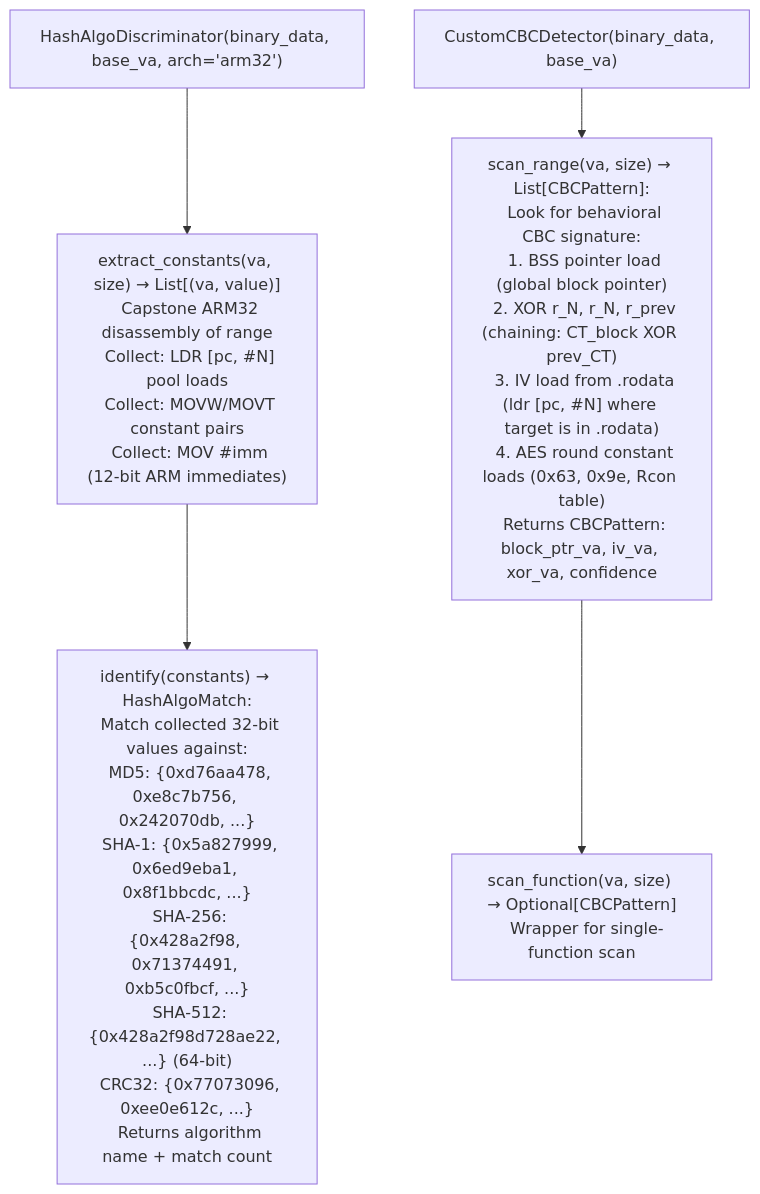
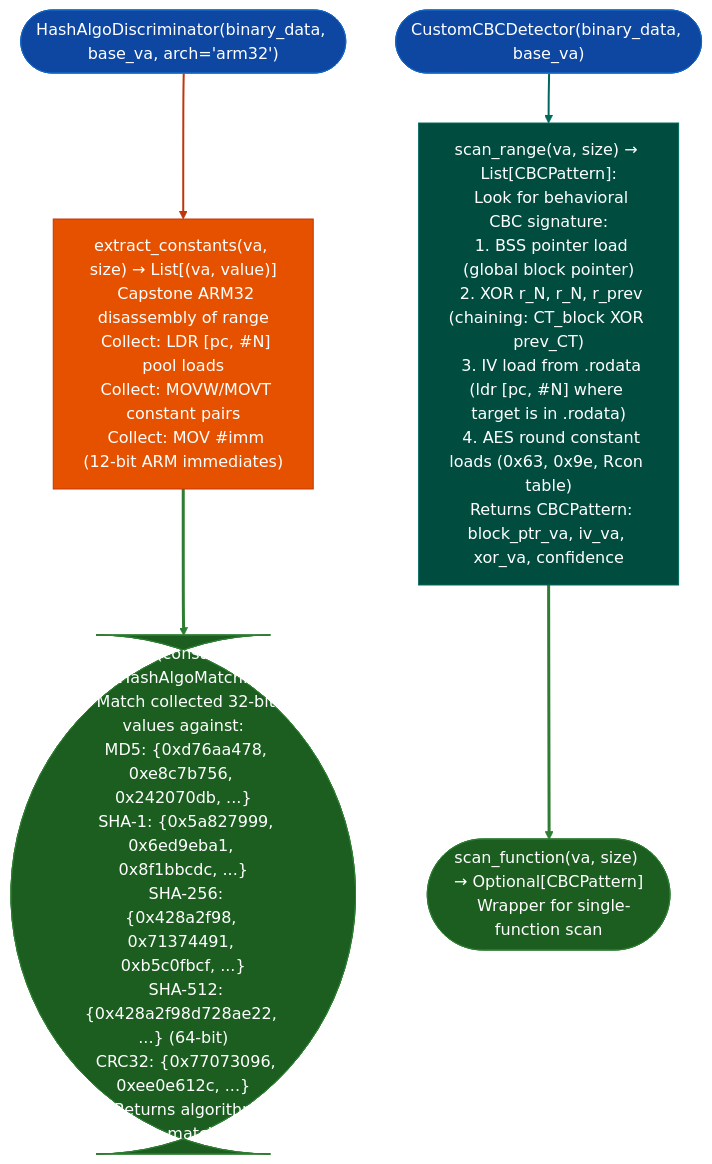
One commit to Ablation-Tool/ablation changed the diagram in docs/reference-modules/hash-aes-implementation-recognition.md. Above: the diagram before and after it, drawn with Mermaid. The commit also changed 320 other files, not shown here.

First line of the commit message:
docs: apply canonical Mermaid template to all 321 diagrams

````diff
--- a/docs/reference-modules/hash-aes-implementation-recognition.md
+++ b/docs/reference-modules/hash-aes-implementation-recognition.md
@@ -19,8 +19,18 @@
 ```mermaid
 flowchart TD
-    A["HashAlgoDiscriminator(binary_data, base_va, arch='arm32')"] --> B["extract_constants(va, size) → List[(va, value)]\n  Capstone ARM32 disassembly of range\n  Collect: LDR [pc, #N] pool loads\n  Collect: MOVW/MOVT constant pairs\n  Collect: MOV #imm (12-bit ARM immediates)"]
-    B --> C["identify(constants) → HashAlgoMatch:\n  Match collected 32-bit values against:\n  MD5: {0xd76aa478, 0xe8c7b756, 0x242070db, ...}\n  SHA-1: {0x5a827999, 0x6ed9eba1, 0x8f1bbcdc, ...}\n  SHA-256: {0x428a2f98, 0x71374491, 0xb5c0fbcf, ...}\n  SHA-512: {0x428a2f98d728ae22, ...} (64-bit)\n  CRC32: {0x77073096, 0xee0e612c, ...}\n  Returns algorithm name + match count"]
+    A(["HashAlgoDiscriminator(binary_data, base_va, arch='arm32')"]):::input --> B["extract_constants(va, size) → List[(va, value)]\n  Capstone ARM32 disassembly of range\n  Collect: LDR [pc, #N] pool loads\n  Collect: MOVW/MOVT constant pairs\n  Collect: MOV #imm (12-bit ARM immediates)"]:::primary
+    B:::primary --> C(["identify(constants) → HashAlgoMatch:\n  Match collected 32-bit values against:\n  MD5: {0xd76aa478, 0xe8c7b756, 0x242070db, ...}\n  SHA-1: {0x5a827999, 0x6ed9eba1, 0x8f1bbcdc, ...}\n  SHA-256: {0x428a2f98, 0x71374491, 0xb5c0fbcf, ...}\n  SHA-512: {0x428a2f98d728ae22, ...} (64-bit)\n  CRC32: {0x77073096, 0xee0e612c, ...}\n  Returns algorithm name + match count"]):::output
 
-    D["CustomCBCDetector(binary_data, base_va)"] --> E["scan_range(va, size) → List[CBCPattern]:\n  Look for behavioral CBC signature:\n  1. BSS pointer load (global block pointer)\n  2. XOR r_N, r_N, r_prev (chaining: CT_block XOR prev_CT)\n  3. IV load from .rodata (ldr [pc, #N] where target is in .rodata)\n  4. AES round constant loads (0x63, 0x9e, Rcon table)\n  Returns CBCPattern: block_ptr_va, iv_va, xor_va, confidence"]
-    E --> F["scan_function(va, size) → Optional[CBCPattern]\n  Wrapper for single-function scan"]
+    D(["CustomCBCDetector(binary_data, base_va)"]):::input --> E["scan_range(va, size) → List[CBCPattern]:\n  Look for behavioral CBC signature:\n  1. BSS pointer load (global block pointer)\n  2. XOR r_N, r_N, r_prev (chaining: CT_block XOR prev_CT)\n  3. IV load from .rodata (ldr [pc, #N] where target is in .rodata)\n  4. AES round constant loads (0x63, 0x9e, Rcon table)\n  Returns CBCPattern: block_ptr_va, iv_va, xor_va, confidence"]:::secondary
+    E:::secondary --> F(["scan_function(va, size) → Optional[CBCPattern]\n  Wrapper for single-function scan"]):::output
+    classDef input     fill:#0d47a1,stroke:#1565c0,color:#fff
+    classDef primary   fill:#e65100,stroke:#bf360c,color:#fff
+    classDef secondary fill:#004d40,stroke:#00695c,color:#fff
+    classDef tertiary  fill:#4a148c,stroke:#6a1b9a,color:#fff
+    classDef neutral   fill:#37474f,stroke:#546e7a,color:#fff
+    classDef output    fill:#1b5e20,stroke:#2e7d32,color:#fff
+    linkStyle 0 stroke:#bf360c,stroke-width:2px
+    linkStyle 1 stroke:#2e7d32,stroke-width:3px
+    linkStyle 2 stroke:#00695c,stroke-width:2px
+    linkStyle 3 stroke:#2e7d32,stroke-width:3px
 ```
````
